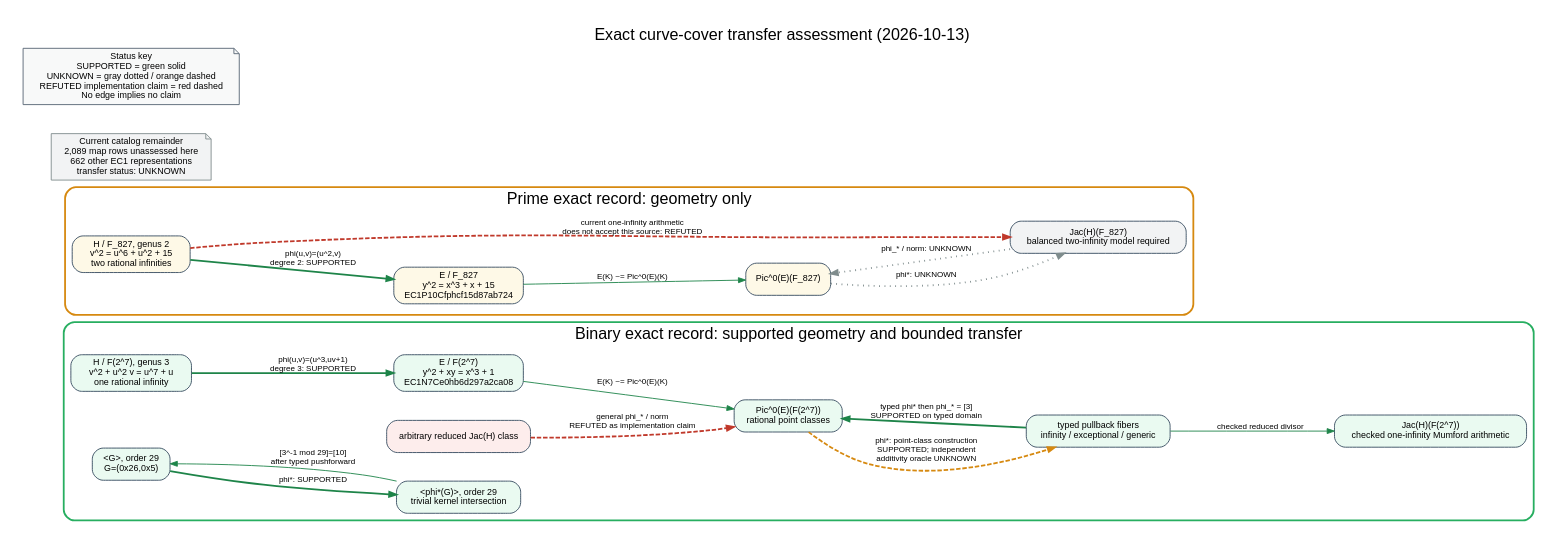
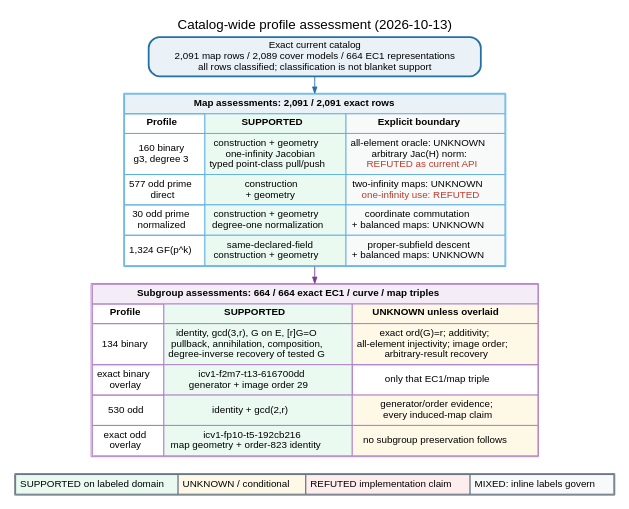
One commit to aburan28/crypto changed the diagram in research/cover_transfer_assessment_20261013/typed_correspondence.dot. Above: the diagram before and after it, drawn with Graphviz. The commit also changed 28 other files, not shown here.

Commit message:
Assess every catalog curve-cover transfer

```diff
--- a/research/cover_transfer_assessment_20261013/typed_correspondence.dot
+++ b/research/cover_transfer_assessment_20261013/typed_correspondence.dot
@@ -1,72 +1,64 @@
+// cover-transfer-assessments/v2; catalog_maps=2091; unique_cover_models=2089; geometry_verified_maps=2091; ec1_representations=664; assessed_maps=2091; unassessed_maps=0; assessed_subgroups=664; unassessed_subgroups=0
 digraph cover_transfer_assessment {
   graph [
-    rankdir=LR,
+    rankdir=TB,
     bgcolor="white",
-    pad="0.25",
-    nodesep="0.45",
-    ranksep="0.75",
+    pad="0.12",
+    nodesep="0.20",
+    ranksep="0.26",
     fontname="Helvetica",
-    fontsize=18,
+    fontsize=15,
     labelloc="t",
-    label="Exact curve-cover transfer assessment (2026-10-13)"
+    label="Catalog-wide profile assessment (2026-10-13)"
   ];
-  node [shape=box, style="rounded,filled", fillcolor="white", color="#34495e", fontname="Helvetica", fontsize=10];
-  edge [fontname="Helvetica", fontsize=9, color="#34495e", arrowsize=0.8];
+  node [shape=box, style="rounded,filled", fillcolor="white", color="#34495e", fontname="Helvetica", fontsize=11];
+  edge [fontname="Helvetica", fontsize=9, color="#34495e", arrowsize=0.7];
 
-  subgraph cluster_binary {
-    label="Binary exact record: supported geometry and bounded transfer";
-    color="#27ae60";
-    penwidth=2;
-    style="rounded";
+  catalog [
+    label="Exact current catalog\n2,091 map rows / 2,089 cover models / 664 EC1 representations\nall rows classified; classification is not blanket support",
+    fillcolor="#eaf2f8",
+    color="#2471a3",
+    penwidth=2
+  ];
 
-    e2 [label="E / F(2^7)\ny^2 + xy = x^3 + 1\nEC1N7Ce0hb6d297a2ca08", fillcolor="#eafaf1"];
-    h2 [label="H / F(2^7), genus 3\nv^2 + u^2 v = u^7 + u\none rational infinity", fillcolor="#eafaf1"];
-    p2 [label="Pic^0(E)(F(2^7))\nrational point classes", fillcolor="#eafaf1"];
-    j2 [label="Jac(H)(F(2^7))\nchecked one-infinity Mumford arithmetic", fillcolor="#eafaf1"];
-    typed [label="typed pullback fibers\ninfinity / exceptional / generic", fillcolor="#eafaf1"];
-    arbitrary [label="arbitrary reduced Jac(H) class", fillcolor="#fdedec"];
-    g29 [label="<G>, order 29\nG=(0x26,0x5)", fillcolor="#eafaf1"];
-    img29 [label="<phi*(G)>, order 29\ntrivial kernel intersection", fillcolor="#eafaf1"];
+  maps [
+    shape=plain,
+    label=<
+      <TABLE BORDER="1" CELLBORDER="1" CELLSPACING="0" CELLPADDING="4" COLOR="#5dade2">
+        <TR><TD COLSPAN="3" BGCOLOR="#eaf2f8"><B>Map assessments: 2,091 / 2,091 exact rows</B></TD></TR>
+        <TR><TD><B>Profile</B></TD><TD BGCOLOR="#eafaf1"><B>SUPPORTED</B></TD><TD BGCOLOR="#f8f9f9"><B>Explicit boundary</B></TD></TR>
+        <TR><TD>160 binary<BR/>g3, degree 3</TD><TD BGCOLOR="#eafaf1">construction + geometry<BR/>one-infinity Jacobian<BR/>typed point-class pull/push</TD><TD BGCOLOR="#f8f9f9">all-element oracle: UNKNOWN<BR/>arbitrary Jac(H) norm:<BR/><FONT COLOR="#c0392b">REFUTED as current API</FONT></TD></TR>
+        <TR><TD>577 odd prime<BR/>direct</TD><TD BGCOLOR="#eafaf1">construction<BR/>+ geometry</TD><TD BGCOLOR="#f8f9f9">two-infinity maps: UNKNOWN<BR/><FONT COLOR="#c0392b">one-infinity use: REFUTED</FONT></TD></TR>
+        <TR><TD>30 odd prime<BR/>normalized</TD><TD BGCOLOR="#eafaf1">construction + geometry<BR/>degree-one normalization</TD><TD BGCOLOR="#f8f9f9">coordinate commutation<BR/>+ balanced maps: UNKNOWN</TD></TR>
+        <TR><TD>1,324 GF(p^k)</TD><TD BGCOLOR="#eafaf1">same-declared-field<BR/>construction + geometry</TD><TD BGCOLOR="#f8f9f9">proper-subfield descent<BR/>+ balanced maps: UNKNOWN</TD></TR>
+      </TABLE>
+    >
+  ];
 
-    h2 -> e2 [label="phi(u,v)=(u^3,uv+1)\ndegree 3: SUPPORTED", color="#1e8449", penwidth=2];
-    e2 -> p2 [label="E(K) ~= Pic^0(E)(K)", color="#1e8449"];
-    p2 -> typed [label="phi*: point-class construction\nSUPPORTED; independent\nadditivity oracle UNKNOWN", color="#d68910", style="dashed", penwidth=2];
-    typed -> j2 [label="checked reduced divisor", color="#1e8449"];
-    typed -> p2 [label="typed phi* then phi_* = [3]\nSUPPORTED on typed domain", color="#1e8449", penwidth=2];
-    arbitrary -> p2 [label="general phi_* / norm\nREFUTED as implementation claim", color="#c0392b", style="dashed", penwidth=2];
-    g29 -> img29 [label="phi*: SUPPORTED", color="#1e8449", penwidth=2];
-    img29 -> g29 [label="[3^-1 mod 29]=[10]\nafter typed pushforward", color="#1e8449"];
-  }
-
-  subgraph cluster_prime {
-    label="Prime exact record: geometry only";
-    color="#d68910";
-    penwidth=2;
-    style="rounded";
-
-    ep [label="E / F_827\ny^2 = x^3 + x + 15\nEC1P10Cfphcf15d87ab724", fillcolor="#fef9e7"];
-    hp [label="H / F_827, genus 2\nv^2 = u^6 + u^2 + 15\ntwo rational infinities", fillcolor="#fef9e7"];
-    pp [label="Pic^0(E)(F_827)", fillcolor="#fef9e7"];
-    jp [label="Jac(H)(F_827)\nbalanced two-infinity model required", fillcolor="#f2f3f4"];
-
-    hp -> ep [label="phi(u,v)=(u^2,v)\ndegree 2: SUPPORTED", color="#1e8449", penwidth=2];
-    ep -> pp [label="E(K) ~= Pic^0(E)(K)", color="#1e8449"];
-    hp -> jp [label="current one-infinity arithmetic\ndoes not accept this source: REFUTED", color="#c0392b", style="dashed", penwidth=2];
-    pp -> jp [label="phi*: UNKNOWN", color="#7f8c8d", style="dotted", penwidth=2];
-    jp -> pp [label="phi_* / norm: UNKNOWN", color="#7f8c8d", style="dotted", penwidth=2];
-  }
-
-  unassessed [
-    label="Current catalog remainder\n2,089 map rows unassessed here\n662 other EC1 representations\ntransfer status: UNKNOWN",
-    shape=note,
-    fillcolor="#f2f3f4",
-    color="#7f8c8d"
+  subgroups [
+    shape=plain,
+    label=<
+      <TABLE BORDER="1" CELLBORDER="1" CELLSPACING="0" CELLPADDING="4" COLOR="#af7ac5">
+        <TR><TD COLSPAN="3" BGCOLOR="#f4ecf7"><B>Subgroup assessments: 664 / 664 exact EC1 / curve / map triples</B></TD></TR>
+        <TR><TD><B>Profile</B></TD><TD BGCOLOR="#eafaf1"><B>SUPPORTED</B></TD><TD BGCOLOR="#fef9e7"><B>UNKNOWN unless overlaid</B></TD></TR>
+        <TR><TD>134 binary</TD><TD BGCOLOR="#eafaf1">identity, gcd(3,r), G on E, [r]G=O<BR/>pullback, annihilation, composition,<BR/>degree-inverse recovery of tested G</TD><TD BGCOLOR="#fef9e7">exact ord(G)=r; additivity;<BR/>all-element injectivity; image order;<BR/>arbitrary-result recovery</TD></TR>
+        <TR><TD>exact binary<BR/>overlay</TD><TD BGCOLOR="#eafaf1">icv1-f2m7-t13-616700dd<BR/>generator + image order 29</TD><TD>only that EC1/map triple</TD></TR>
+        <TR><TD>530 odd</TD><TD BGCOLOR="#eafaf1">identity + gcd(2,r)</TD><TD BGCOLOR="#fef9e7">generator/order evidence;<BR/>every induced-map claim</TD></TR>
+        <TR><TD>exact odd<BR/>overlay</TD><TD BGCOLOR="#eafaf1">icv1-fp10-t5-192cb216<BR/>map geometry + order-823 identity</TD><TD BGCOLOR="#fef9e7">no subgroup preservation follows</TD></TR>
+      </TABLE>
+    >
   ];
 
   legend [
-    label="Status key\nSUPPORTED = green solid\nUNKNOWN = gray dotted / orange dashed\nREFUTED implementation claim = red dashed\nNo edge implies no claim",
-    shape=note,
-    fillcolor="#f8f9f9",
-    color="#566573"
+    shape=plain,
+    label=<
+      <TABLE BORDER="1" CELLBORDER="1" CELLSPACING="0" CELLPADDING="4" COLOR="#566573">
+        <TR><TD BGCOLOR="#eafaf1">SUPPORTED on labeled domain</TD><TD BGCOLOR="#fef9e7">UNKNOWN / conditional</TD><TD BGCOLOR="#fdedec">REFUTED implementation claim</TD><TD BGCOLOR="#f8f9f9">MIXED: inline labels govern</TD></TR>
+      </TABLE>
+    >
   ];
+
+  catalog -> maps [color="#2471a3"];
+  maps -> subgroups [color="#7d3c98"];
+  subgroups -> legend [style="invis", weight=80];
 }
```
